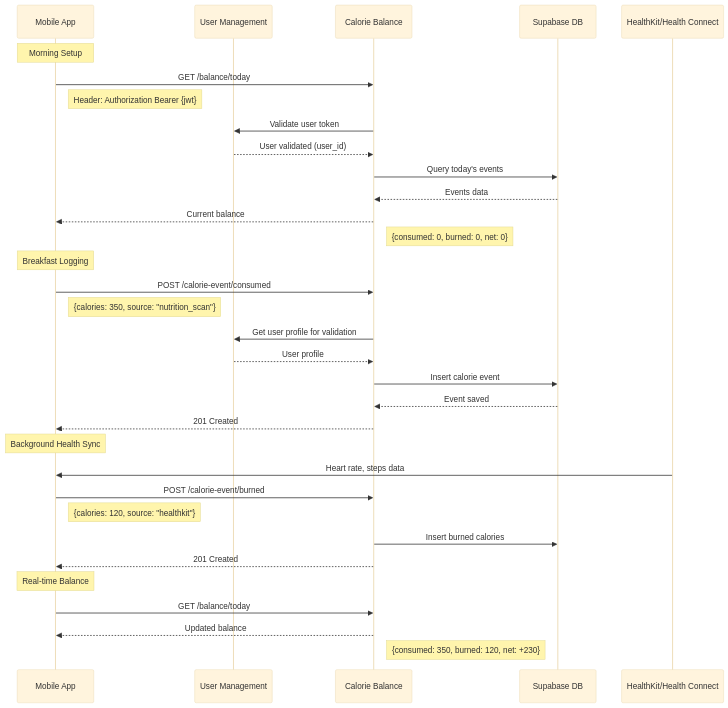
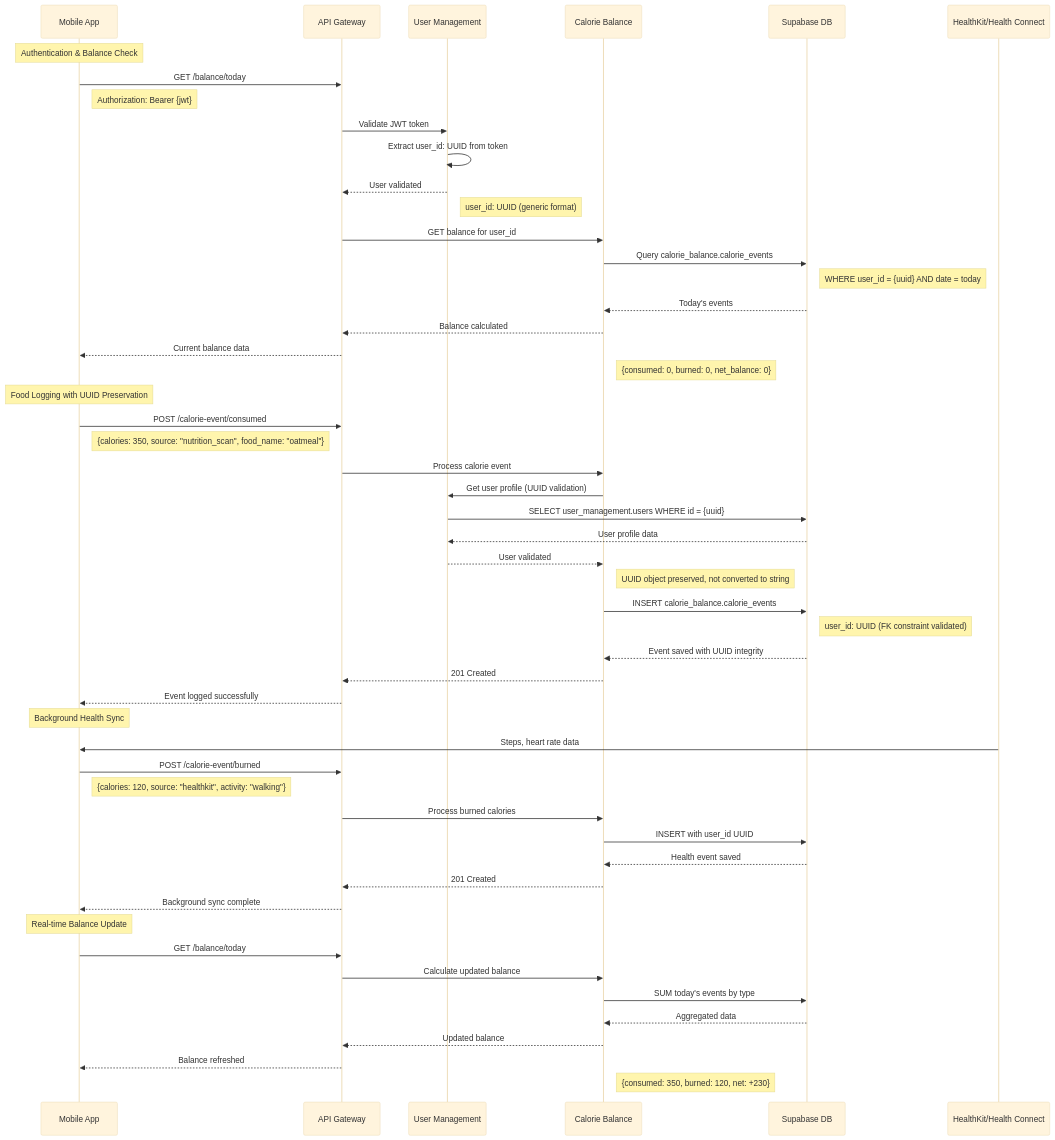
The third of 5 diagrams in docs/architettura.md (giamma80/gymbro-platform), drawn with Mermaid (base theme) before and after one commit. The commit also changed other lines of this file and 8 other files, not shown here.

````diff
--- a/docs/architettura.md
+++ b/docs/architettura.md
@@ -289,44 +300,63 @@
 ```mermaid
 sequenceDiagram
     participant M as Mobile App
+    participant GW as API Gateway
     participant UM as User Management
     participant CB as Calorie Balance
     participant DB as Supabase DB
     participant HK as HealthKit/Health Connect
     
-    Note over M: Morning Setup
-    M->>CB: GET /balance/today
-    Note right of M: Header: Authorization Bearer {jwt}
+    Note over M: Authentication & Balance Check
+    M->>GW: GET /balance/today
+    Note right of M: Authorization: Bearer {jwt}
     
-    CB->>UM: Validate user token
-    UM-->>CB: User validated (user_id)
+    GW->>UM: Validate JWT token
+    UM->>UM: Extract user_id: UUID from token
+    UM-->>GW: User validated
+    Note right of UM: user_id: UUID (generic format)
     
-    CB->>DB: Query today's events
-    DB-->>CB: Events data
-    CB-->>M: Current balance
-    Note right of CB: {consumed: 0, burned: 0, net: 0}
+    GW->>CB: GET balance for user_id
+    CB->>DB: Query calorie_balance.calorie_events
+    Note right of DB: WHERE user_id = {uuid} AND date = today
+    DB-->>CB: Today's events
+    CB-->>GW: Balance calculated
+    GW-->>M: Current balance data
+    Note right of CB: {consumed: 0, burned: 0, net_balance: 0}
     
-    Note over M: Breakfast Logging
-    M->>CB: POST /calorie-event/consumed
-    Note right of M: {calories: 350, source: "nutrition_scan"}
+    Note over M: Food Logging with UUID Preservation
+    M->>GW: POST /calorie-event/consumed
+    Note right of M: {calories: 350, source: "nutrition_scan", food_name: "oatmeal"}
     
-    CB->>UM: Get user profile for validation
-    UM-->>CB: User profile
+    GW->>CB: Process calorie event
+    CB->>UM: Get user profile (UUID validation)
+    UM->>DB: SELECT user_management.users WHERE id = {uuid}
+    DB-->>UM: User profile data
+    UM-->>CB: User validated
+    Note right of CB: UUID object preserved, not converted to string
     
-    CB->>DB: Insert calorie event
-    DB-->>CB: Event saved
-    CB-->>M: 201 Created
+    CB->>DB: INSERT calorie_balance.calorie_events
+    Note right of DB: user_id: UUID (FK constraint validated)
+    DB-->>CB: Event saved with UUID integrity
+    CB-->>GW: 201 Created
+    GW-->>M: Event logged successfully
     
     Note over M: Background Health Sync
-    HK->>M: Heart rate, steps data
-    M->>CB: POST /calorie-event/burned
-    Note right of M: {calories: 120, source: "healthkit"}
+    HK->>M: Steps, heart rate data
+    M->>GW: POST /calorie-event/burned
+    Note right of M: {calories: 120, source: "healthkit", activity: "walking"}
     
-    CB->>DB: Insert burned calories
-    CB-->>M: 201 Created
+    GW->>CB: Process burned calories
+    CB->>DB: INSERT with user_id UUID
+    DB-->>CB: Health event saved
+    CB-->>GW: 201 Created
+    GW-->>M: Background sync complete
     
-    Note over M: Real-time Balance
-    M->>CB: GET /balance/today
-    CB-->>M: Updated balance
+    Note over M: Real-time Balance Update
+    M->>GW: GET /balance/today
+    GW->>CB: Calculate updated balance
+    CB->>DB: SUM today's events by type
+    DB-->>CB: Aggregated data
+    CB-->>GW: Updated balance
+    GW-->>M: Balance refreshed
     Note right of CB: {consumed: 350, burned: 120, net: +230}
 ```
````
